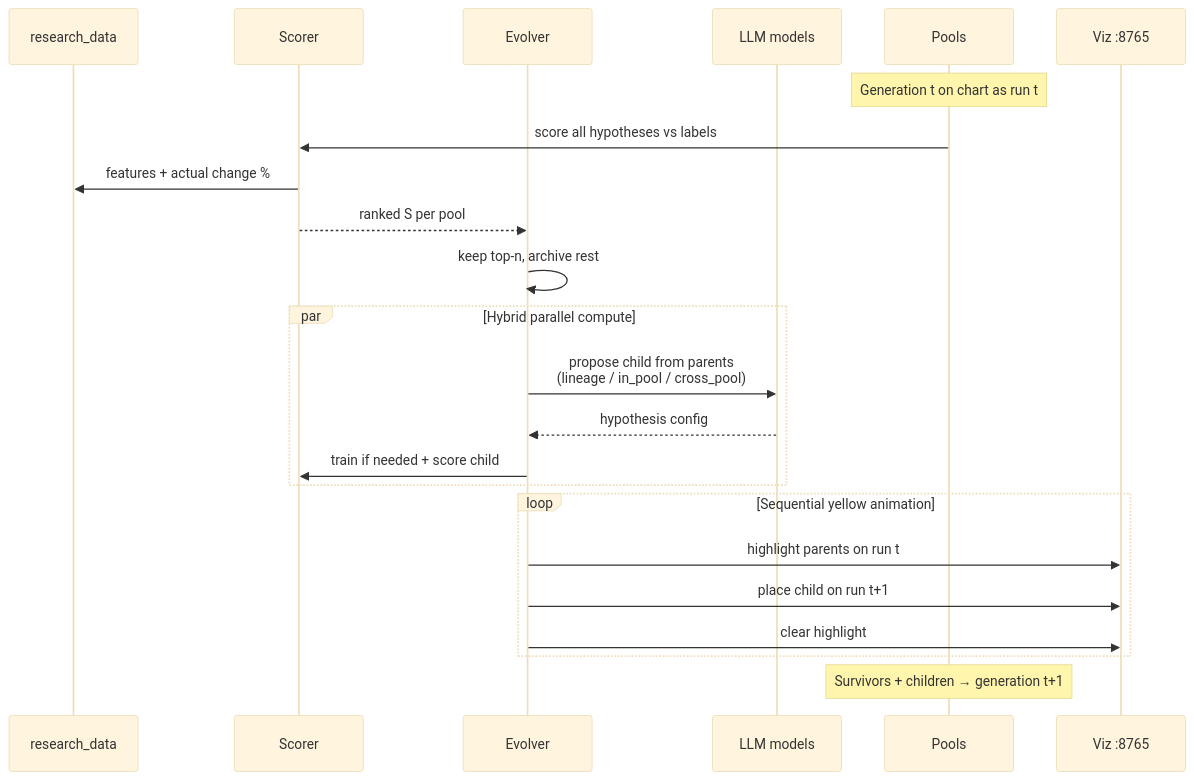
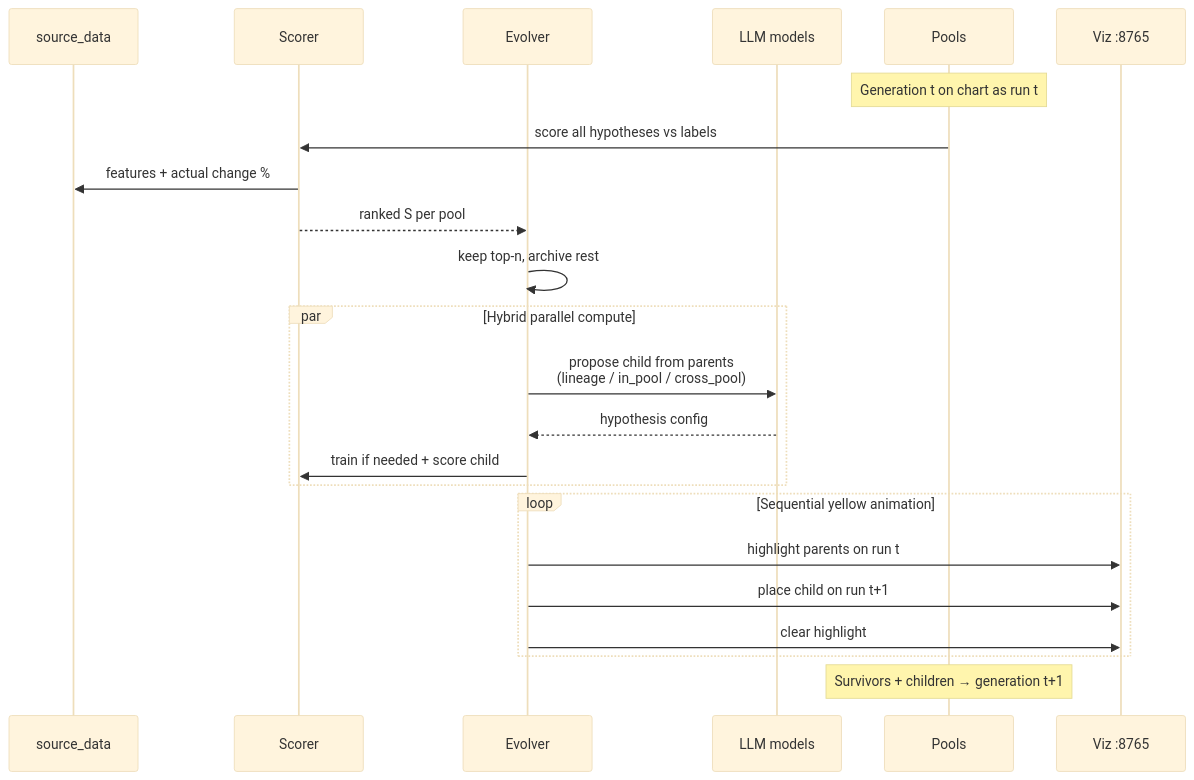
One commit to lucastsui/ModelSoup changed the second of 3 diagrams in docs/ARCHITECTURE.md. Above: the diagram before and after it, drawn with Mermaid (base theme). The commit also changed other lines of this file and 42 other files, not shown here.

First line of the commit message:
Group all source datasets under source_data/

````diff
--- a/docs/ARCHITECTURE.md
+++ b/docs/ARCHITECTURE.md
@@ -82,26 +82,26 @@
 ```mermaid
 sequenceDiagram
-  participant D as research_data
+  participant D as source_data
   participant S as Scorer
   participant E as Evolver
   participant L as LLM models
   participant P as Pools
   participant V as Viz :8765
 
   Note over P: Generation t on chart as run t
   P->>S: score all hypotheses vs labels
   S->>D: features + actual change %
   S-->>E: ranked S per pool
   E->>E: keep top-n, archive rest
   par Hybrid parallel compute
     E->>L: propose child from parents<br/>(lineage / in_pool / cross_pool)
     L-->>E: hypothesis config
     E->>S: train if needed + score child
   end
   loop Sequential yellow animation
     E->>V: highlight parents on run t
     E->>V: place child on run t+1
     E->>V: clear highlight
   end
   Note over P: Survivors + children → generation t+1
 ```
````
